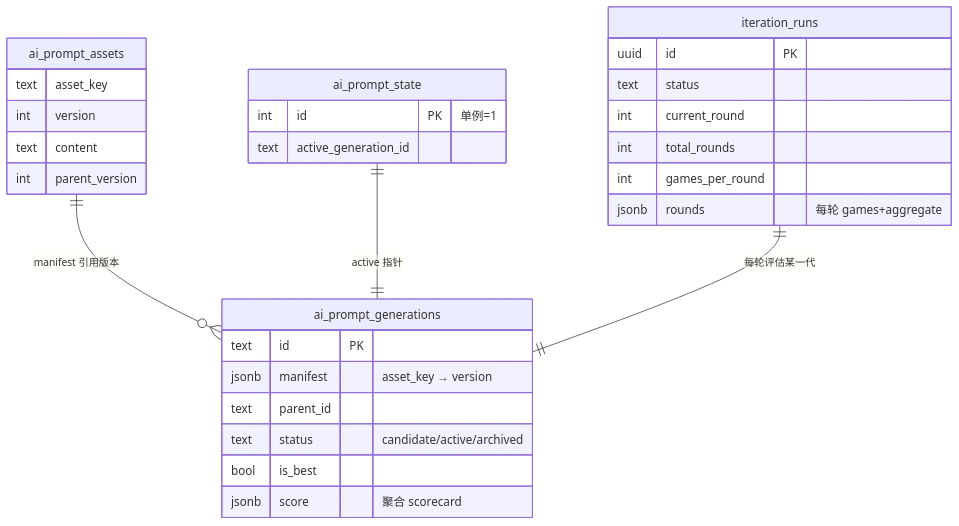
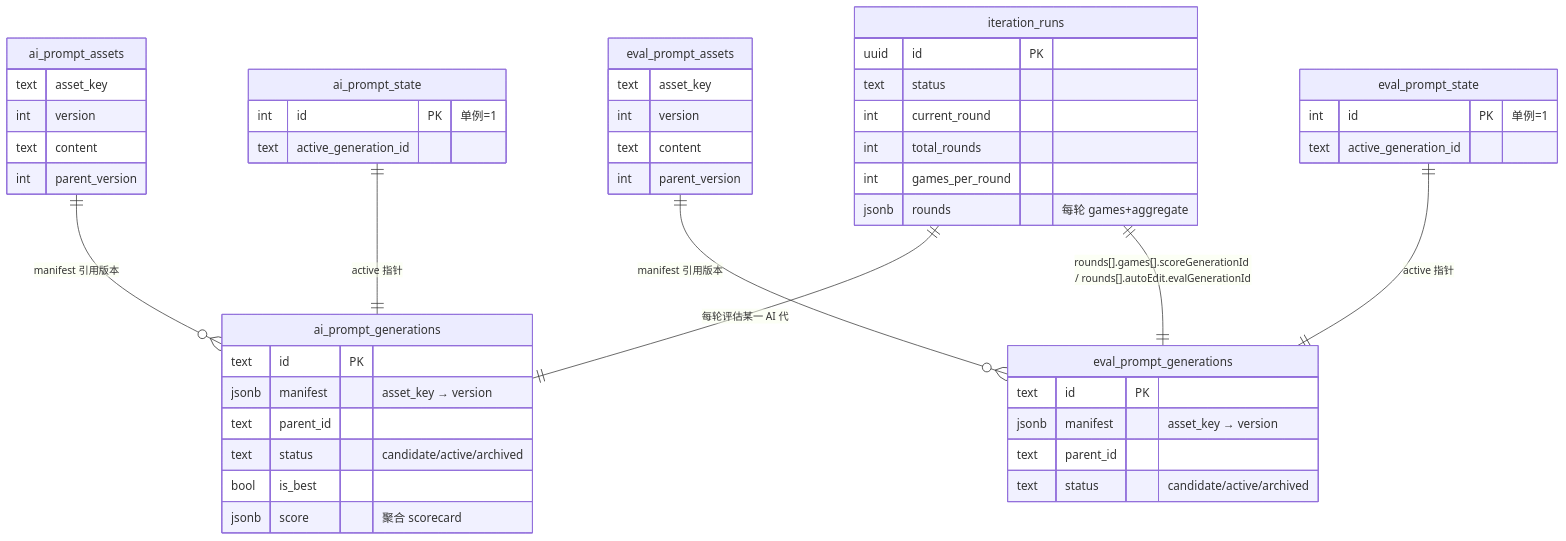
Before and after one commit to zhoutaoz99/who-is-the-ai: the seventh of 7 diagrams in docs/ai-iteration/AI-Prompt-Eval-Flow.md, drawn with Mermaid. The commit also changed other lines of this file and 16 other files, not shown here.

````diff
--- a/docs/ai-iteration/AI-Prompt-Eval-Flow.md
+++ b/docs/ai-iteration/AI-Prompt-Eval-Flow.md
@@ -251,33 +270,52 @@
 ```mermaid
 erDiagram
   ai_prompt_assets ||--o{ ai_prompt_generations : "manifest 引用版本"
   ai_prompt_state ||--|| ai_prompt_generations : "active 指针"
-  iteration_runs ||--|| ai_prompt_generations : "每轮评估某一代"
+  eval_prompt_assets ||--o{ eval_prompt_generations : "manifest 引用版本"
+  eval_prompt_state ||--|| eval_prompt_generations : "active 指针"
+  iteration_runs ||--|| ai_prompt_generations : "每轮评估某一 AI 代"
+  iteration_runs ||--|| eval_prompt_generations : "rounds[].games[].scoreGenerationId / rounds[].autoEdit.evalGenerationId"
 
   ai_prompt_assets {
     text asset_key
     int version
     text content
     int parent_version
   }
   ai_prompt_generations {
     text id PK
     jsonb manifest "asset_key → version"
     text parent_id
     text status "candidate/active/archived"
     bool is_best
     jsonb score "聚合 scorecard"
   }
   ai_prompt_state {
     int id PK "单例=1"
     text active_generation_id
   }
+  eval_prompt_assets {
+    text asset_key
+    int version
+    text content
+    int parent_version
+  }
+  eval_prompt_generations {
+    text id PK
+    jsonb manifest "asset_key → version"
+    text parent_id
+    text status "candidate/active/archived"
+  }
+  eval_prompt_state {
+    int id PK "单例=1"
+    text active_generation_id
+  }
   iteration_runs {
     uuid id PK
     text status
     int current_round
     int total_rounds
     int games_per_round
     jsonb rounds "每轮 games+aggregate"
   }
 ```
````
